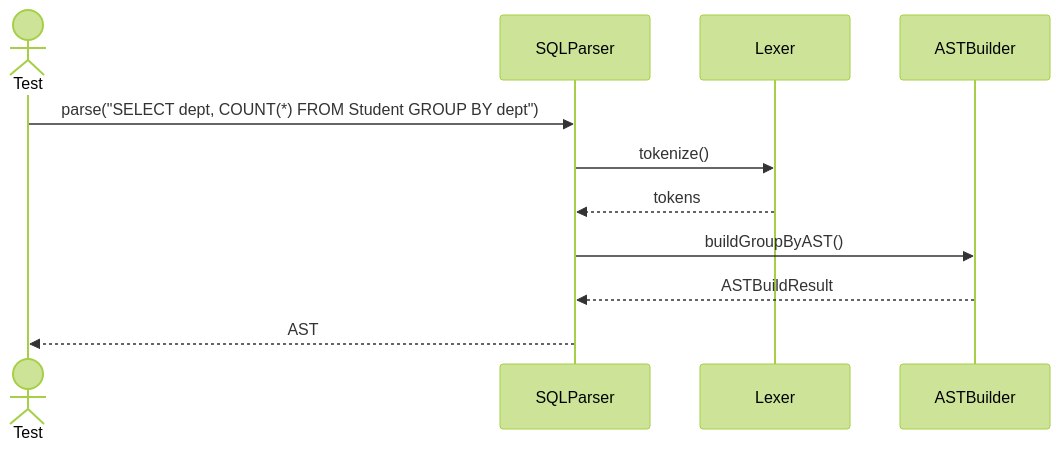
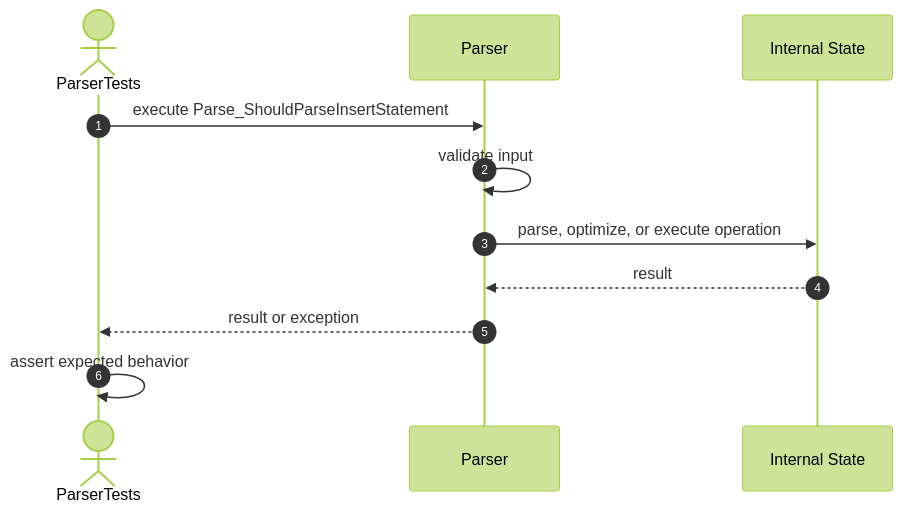
Diagram 11 of 22 in src/tests/unit/query/sequences/sql-parser-testing.se.md (FhuAnn/-bbv-AN-s-DBMS), drawn with Mermaid (forest theme) before and after one commit. The commit also changed other lines of this file and 36 other files, not shown here.

````diff
--- a/src/tests/unit/query/sequences/sql-parser-testing.se.md
+++ b/src/tests/unit/query/sequences/sql-parser-testing.se.md
@@ -175,14 +177,14 @@
 ```mermaid
 sequenceDiagram
-actor Test
-participant SQLParser
-participant Lexer
-participant ASTBuilder
+    autonumber
+    actor Test as ParserTests
+    participant Target as Parser
+    participant Internal as Internal State
 
-Test->>SQLParser: parse("SELECT dept, COUNT(*) FROM Student GROUP BY dept")
-SQLParser->>Lexer: tokenize()
-Lexer-->>SQLParser: tokens
-SQLParser->>ASTBuilder: buildGroupByAST()
-ASTBuilder-->>SQLParser: ASTBuildResult
-SQLParser-->>Test: AST
+    Test->>Target: execute Parse_ShouldParseInsertStatement
+    Target->>Target: validate input
+    Target->>Internal: parse, optimize, or execute operation
+    Internal-->>Target: result
+    Target-->>Test: result or exception
+    Test->>Test: assert expected behavior
 ```
````
